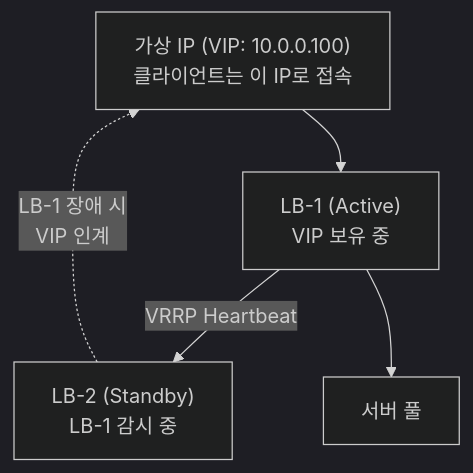
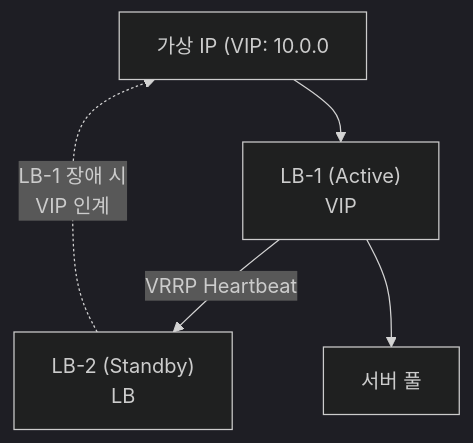
The sixth of 8 diagrams in _posts/network/2026-05-01-load-balancer.md (yjkim2015/yjkim2015.github.io), drawn with Mermaid (dark theme) before and after one commit. The commit also changed other lines of this file and 271 other files, not shown here.

First line of the commit message:
Mermaid 라벨 축소: 긴 노드 텍스트 18자 이하로 트림 + \n 제거

````diff
--- a/_posts/network/2026-05-01-load-balancer.md
+++ b/_posts/network/2026-05-01-load-balancer.md
@@ -645,11 +645,11 @@
 ```mermaid
 graph TD
-    VIP["가상 IP (VIP: 10.0.0.100)\n클라이언트는 이 IP로 접속"]
-    LB1["LB-1 (Active)\nVIP 보유 중"]
-    LB2["LB-2 (Standby)\nLB-1 감시 중"]
+    VIP["가상 IP (VIP: 10.0.0"]
+    LB1["LB-1 (Active)\nVIP"]
+    LB2["LB-2 (Standby)\nLB"]
     SERVERS["서버 풀"]
     VIP --> LB1
     LB1 -->|"VRRP Heartbeat"| LB2
     LB1 --> SERVERS
     LB2 -.->|"LB-1 장애 시\nVIP 인계"| VIP
 ```
````
